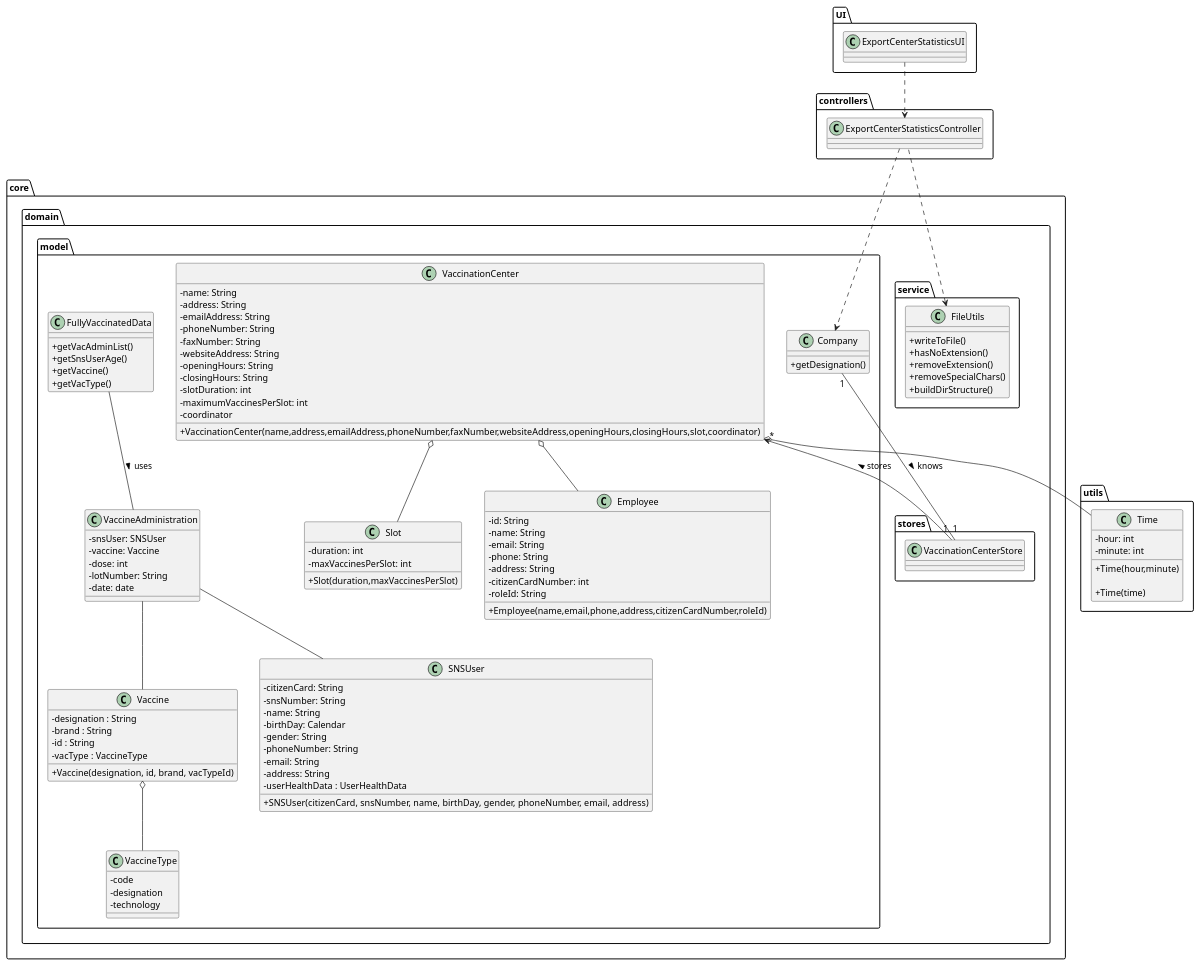
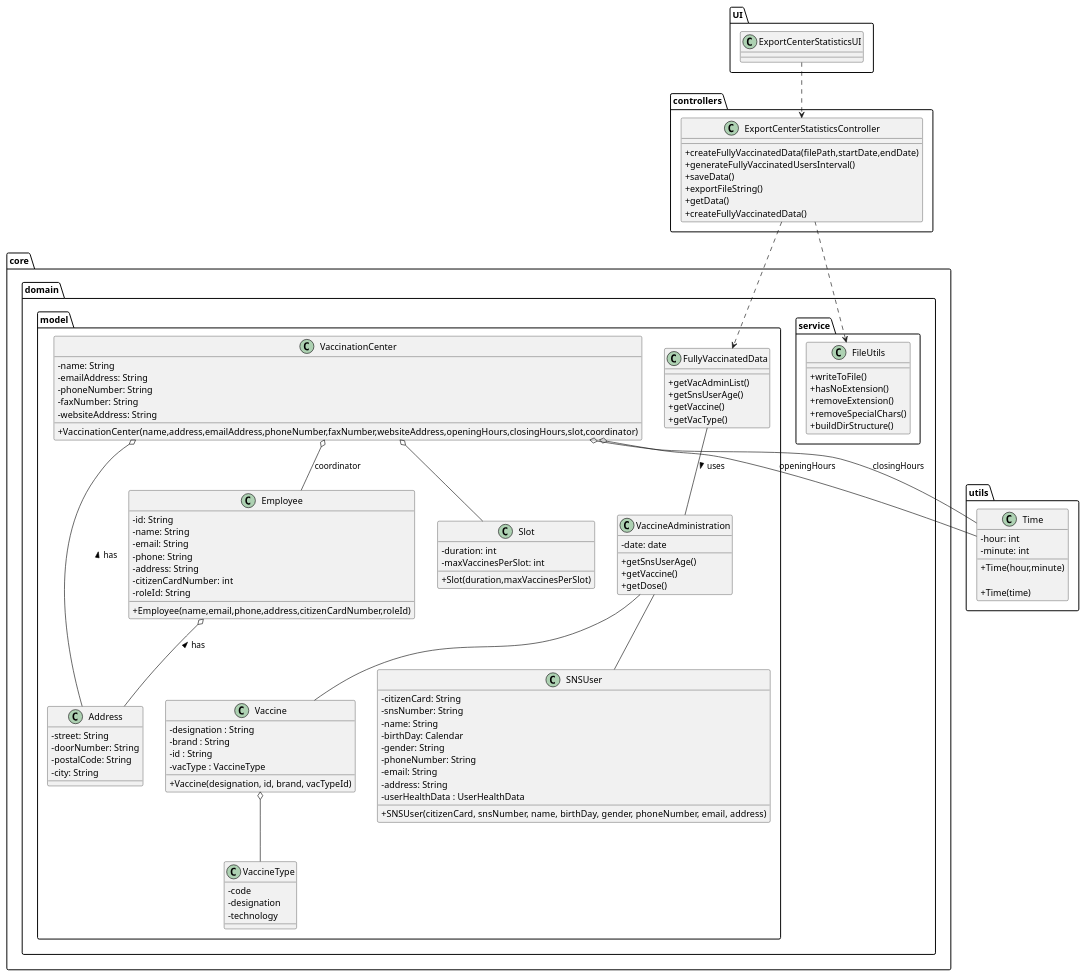
The diagram in docs/SprintD/US15/CD/US15_CD.puml (miseEnPlace-i/lapr2), drawn with PlantUML before and after one commit. The commit also changed 1 other file, not shown here.

Commit message:
docs(US15): updated CD (added Address class, updated dependencies) and added new CD.svg

```diff
--- a/docs/SprintD/US15/CD/US15_CD.puml
+++ b/docs/SprintD/US15/CD/US15_CD.puml
@@ -1,152 +1,151 @@
 @startuml US15_CD
 skinparam classAttributeIconSize 0
 
 package UI {
 class ExportCenterStatisticsUI {}
 }
 
 package controllers {
      class ExportCenterStatisticsController {
-
+       +createFullyVaccinatedData(filePath,startDate,endDate)
+       +generateFullyVaccinatedUsersInterval()
+       +saveData()
+       +exportFileString()
+       +getData()
+       +createFullyVaccinatedData()
      }
 }
 
    package utils {
      class Time {
        - hour: int
        - minute: int
        +Time(hour,minute)
 
        +Time(time)
      }
    }
 
 package core {
   package domain {
 
     package service {
 
 class FileUtils {
   +writeToFile()
   +hasNoExtension()
   +removeExtension()
   +removeSpecialChars()
   +buildDirStructure()
 }
 }
 
     package model {
 
 class FullyVaccinatedData {
     +getVacAdminList()
     +getSnsUserAge()
     +getVaccine()
     +getVacType()
     }
 
 class VaccineAdministration {
-  -snsUser: SNSUser
-  -vaccine: Vaccine
-  -dose: int
-  -lotNumber: String
   -date: date
-}
-
-class Company {
-    +getDesignation()
+  +getSnsUserAge()
+  +getVaccine()
+  +getDose()
 }
 
 class VaccinationCenter {
     - name: String
-    - address: String
     - emailAddress: String
     - phoneNumber: String
     - faxNumber: String
     - websiteAddress: String
-    - openingHours: String
-    - closingHours: String
-    - slotDuration: int
-    - maximumVaccinesPerSlot: int
-    - coordinator
-        
+
     +VaccinationCenter(name,address,emailAddress,phoneNumber,faxNumber,websiteAddress,openingHours,closingHours,slot,coordinator)
 }
 
 
 class Employee {
     -id: String 
     -name: String 
     -email: String 
     -phone: String 
     -address: String 
     -citizenCardNumber: int 
     -roleId: String 
 
     +Employee(name,email,phone,address,citizenCardNumber,roleId)
 }
 
 class Slot {
     -duration: int
     -maxVaccinesPerSlot: int
 
     +Slot(duration,maxVaccinesPerSlot)
 }
 
 class Vaccine {
   -designation : String
   -brand : String
   -id : String
   -vacType : VaccineType
 
   +Vaccine(designation, id, brand, vacTypeId)
 }
 
 class VaccineType {
   -code
   -designation
   -technology 
 }
 
 class SNSUser {
   - citizenCard: String
   - snsNumber: String
   - name: String
   - birthDay: Calendar
   - gender: String
   - phoneNumber: String
   - email: String
   - address: String
   - userHealthData : UserHealthData
   + SNSUser(citizenCard, snsNumber, name, birthDay, gender, phoneNumber, email, address)
 }
 
+class Address {
+  - street: String
+  - doorNumber: String
+  - postalCode: String
+  - city: String
+}
+
 
 }
 
-package stores {
-      class VaccinationCenterStore {}
-      }
 }
 
 
 ExportCenterStatisticsUI ..> ExportCenterStatisticsController
 
-ExportCenterStatisticsController ..> Company
-
-Company "1" -- "1" VaccinationCenterStore : knows >
-
-VaccinationCenter o-- Employee
-VaccinationCenter o-- Time 
+VaccinationCenter o-- Employee : coordinator
+VaccinationCenter o-- Time : openingHours
+VaccinationCenter o-- Time : closingHours
 VaccinationCenter o-- Slot
+VaccinationCenter o-- Address : has <
 
 Vaccine o-- VaccineType
+
+Employee o-- Address : has <
 
 VaccineAdministration -- Vaccine
 VaccineAdministration -- SNSUser
 
 FullyVaccinatedData -- VaccineAdministration : uses >
 
 FileUtils <.. ExportCenterStatisticsController
 
-VaccinationCenterStore "1" --> "*" VaccinationCenter : stores >
+ExportCenterStatisticsController ..> FullyVaccinatedData
+
 @enduml
```
